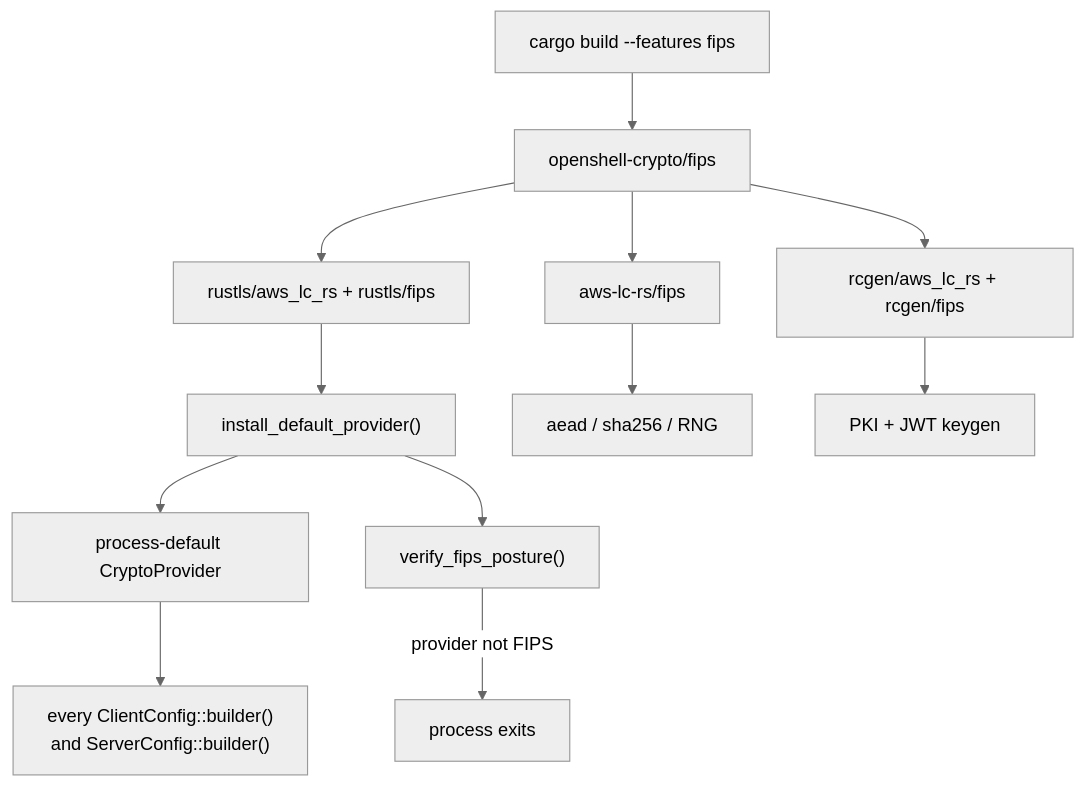
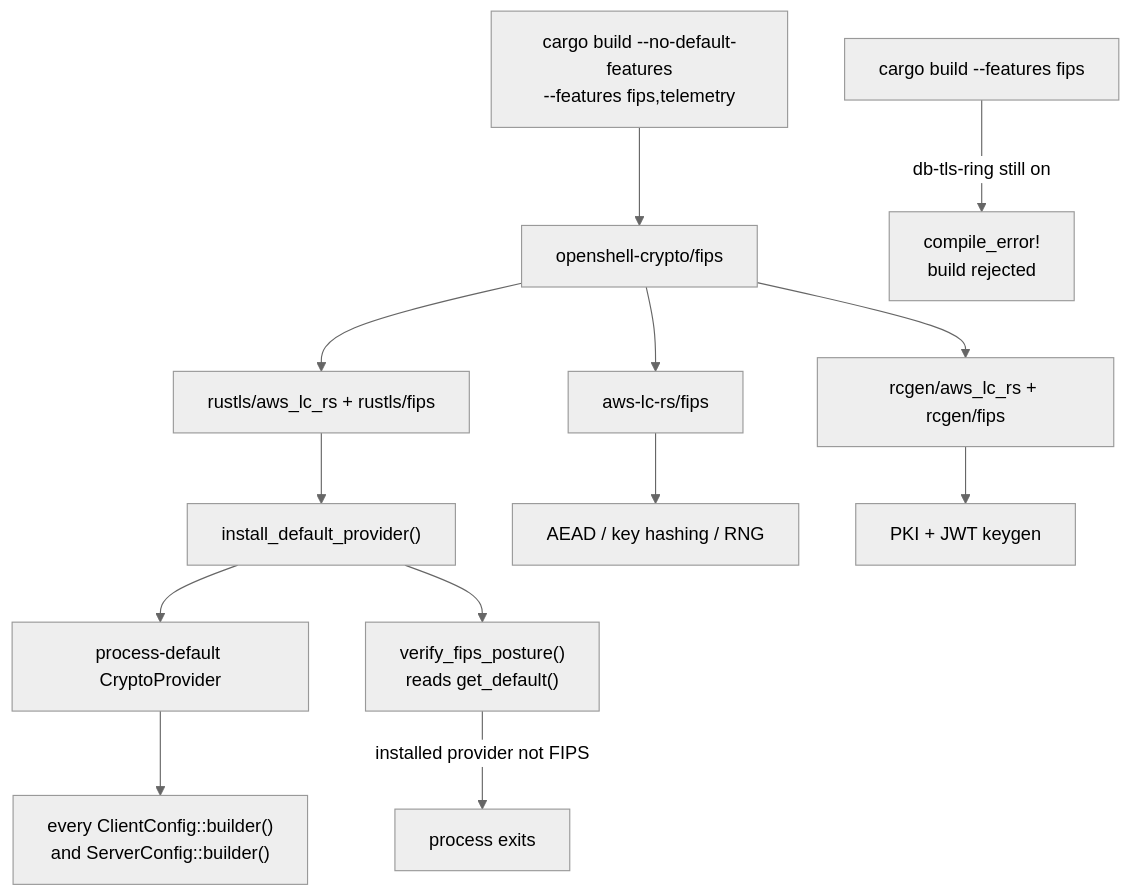
The diagram in rfc/0013-fips-crypto-backend-selection/README.md (NVIDIA/OpenShell), drawn with Mermaid (neutral theme) before and after one commit. The commit also changed other lines of this file and 3 other files, not shown here.

First line of the commit message:
fix(fips): correct audit rustls count and overbroad hashing claims

````diff
--- a/rfc/0013-fips-crypto-backend-selection/README.md
+++ b/rfc/0013-fips-crypto-backend-selection/README.md
@@ -102,14 +105,15 @@
 ```mermaid
 flowchart TD
-    A["cargo build --features fips"] --> B["openshell-crypto/fips"]
+    A["cargo build --no-default-features<br/>--features fips,telemetry"] --> B["openshell-crypto/fips"]
+    A2["cargo build --features fips"] -->|"db-tls-ring still on"| A3["compile_error!<br/>build rejected"]
     B --> C["rustls/aws_lc_rs + rustls/fips"]
     B --> D["rcgen/aws_lc_rs + rcgen/fips"]
     B --> E["aws-lc-rs/fips"]
     C --> F["install_default_provider()"]
     F --> G["process-default CryptoProvider"]
     G --> H["every ClientConfig::builder()<br/>and ServerConfig::builder()"]
-    F --> I["verify_fips_posture()"]
-    I -->|"provider not FIPS"| J["process exits"]
-    E --> K["aead / sha256 / RNG"]
+    F --> I["verify_fips_posture()<br/>reads get_default()"]
+    I -->|"installed provider not FIPS"| J["process exits"]
+    E --> K["AEAD / key hashing / RNG"]
     D --> L["PKI + JWT keygen"]
 ```
````
